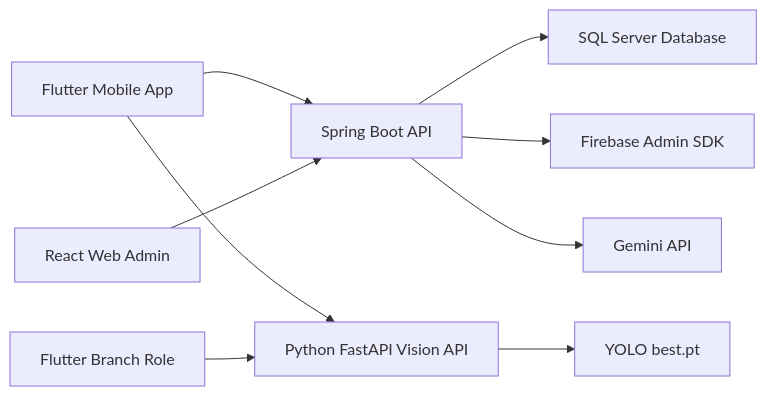
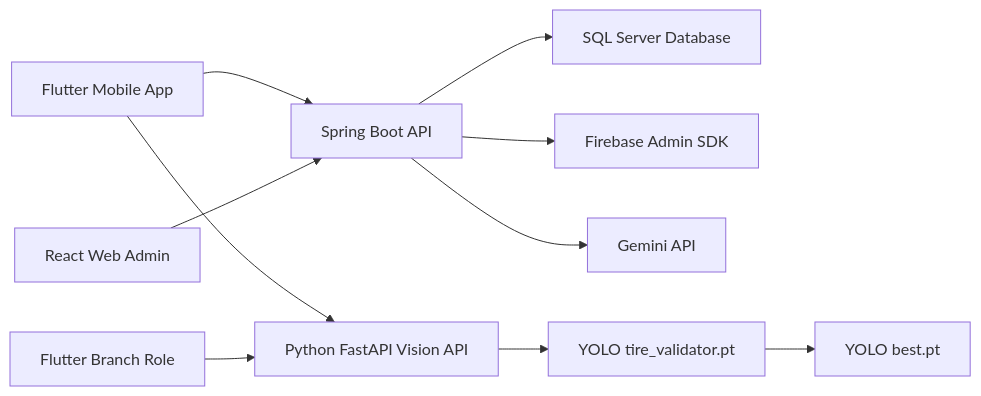
One commit to lehuy240797/CareBike_Project changed the first of 13 diagrams in docs/carebike_feature_defense_guide.md. Above: the diagram before and after it, drawn with Mermaid. The commit also changed other lines of this file and 7 other files, not shown here.

Commit message:
Add CareBike diagrams and stabilize vision API

````diff
--- a/docs/carebike_feature_defense_guide.md
+++ b/docs/carebike_feature_defense_guide.md
@@ -26,11 +26,12 @@
 ```mermaid
 flowchart LR
     Mobile["Flutter Mobile App"] --> Backend["Spring Boot API"]
     Web["React Web Admin"] --> Backend
     Backend --> DB["SQL Server Database"]
     Backend --> Firebase["Firebase Admin SDK"]
     Backend --> Gemini["Gemini API"]
     Mobile --> Vision["Python FastAPI Vision API"]
     BranchMobile["Flutter Branch Role"] --> Vision
-    Vision --> Yolo["YOLO best.pt"]
+    Vision --> Validator["YOLO tire_validator.pt"]
+    Validator --> DamageYolo["YOLO best.pt"]
 ```
````
